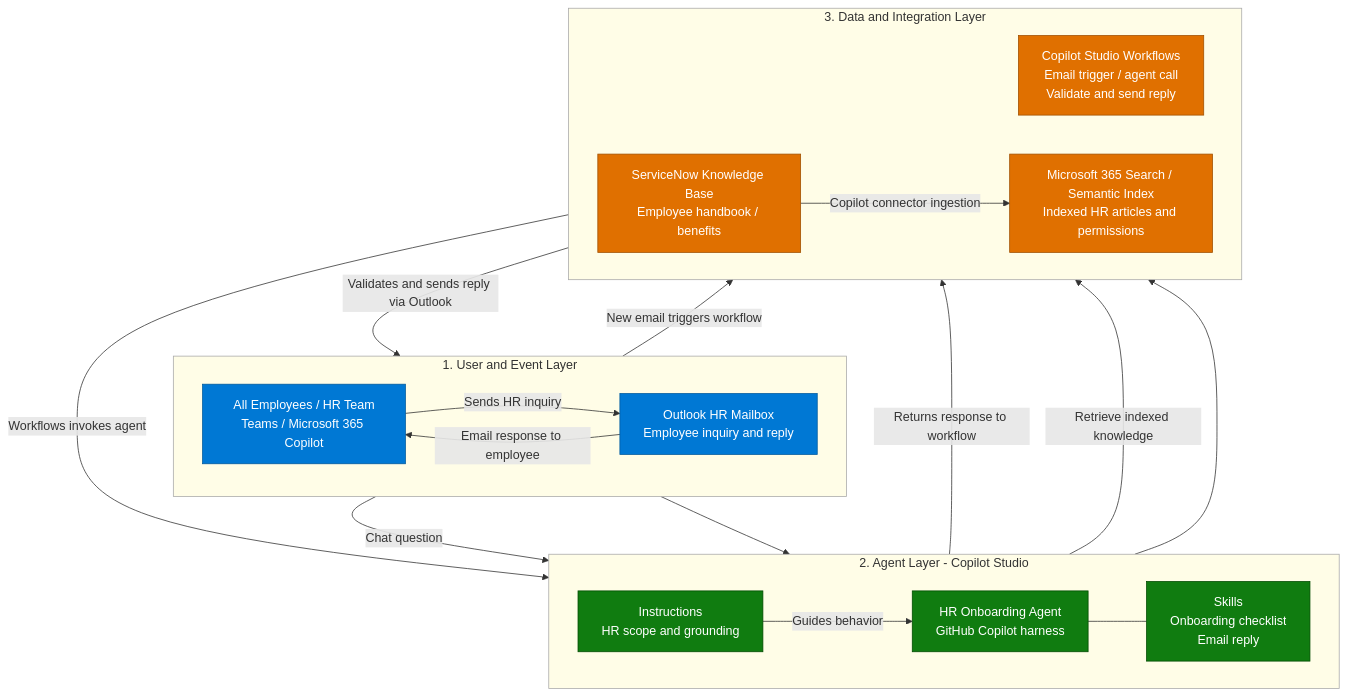
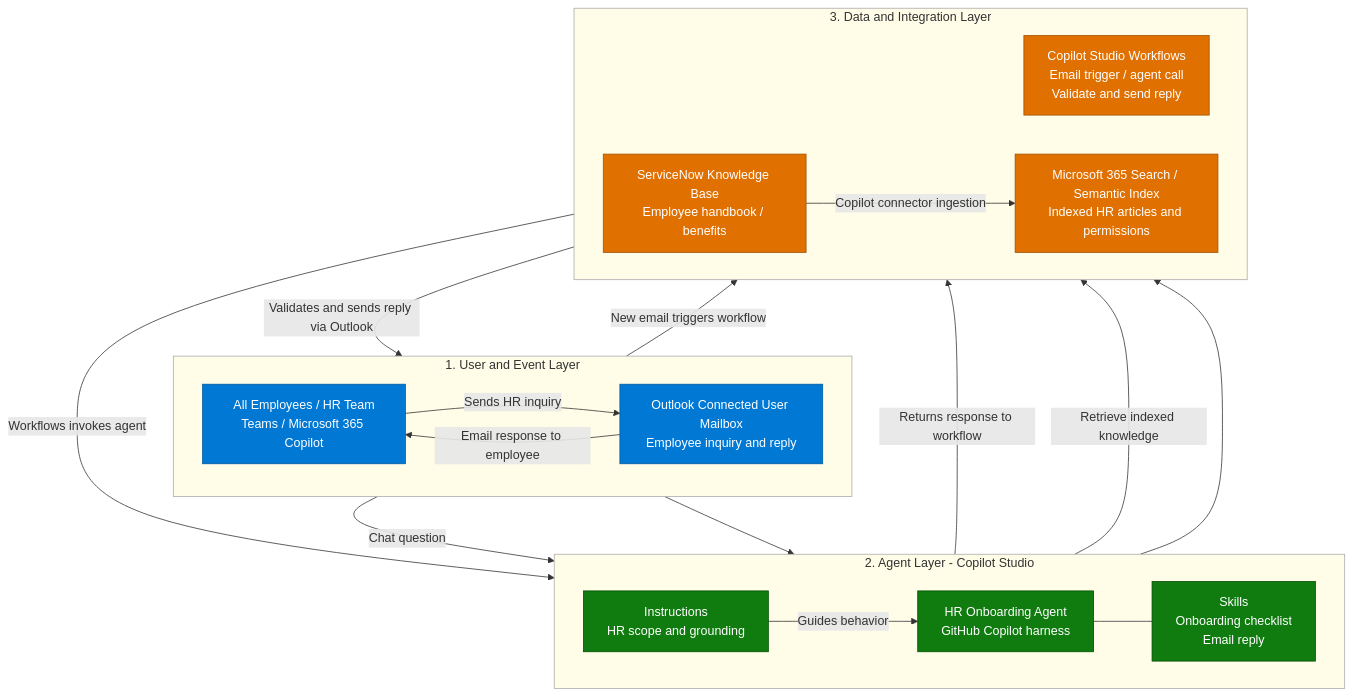
Before and after one commit to petepuu/ai-agent-runbooks: the first of 3 diagrams in 01-scenarios/HR-Onboarding-Agent-GHCP/2.Architecture.md, drawn with Mermaid. The commit also changed other lines of this file and 9 other files, not shown here.

Commit message:
Use connected user mailbox and normal HR chat conversation

````diff
--- a/01-scenarios/HR-Onboarding-Agent-GHCP/2.Architecture.md
+++ b/01-scenarios/HR-Onboarding-Agent-GHCP/2.Architecture.md
@@ -13,47 +13,47 @@
 ```mermaid
 flowchart TB
     subgraph USER["1. User and Event Layer"]
         direction LR
         U["All Employees / HR Team<br/>Teams / Microsoft 365 Copilot"]
-        M["Outlook HR Mailbox<br/>Employee inquiry and reply"]
+        M["Outlook Connected User Mailbox<br/>Employee inquiry and reply"]
     end
     subgraph AGENT["2. Agent Layer - Copilot Studio"]
         direction LR
         I["Instructions<br/>HR scope and grounding"]
         A["HR Onboarding Agent<br/>GitHub Copilot harness"]
         S["Skills<br/>Onboarding checklist<br/>Email reply"]
     end
     subgraph DATA["3. Data and Integration Layer"]
         direction LR
         W["Copilot Studio Workflows<br/>Email trigger / agent call<br/>Validate and send reply"]
         K["Microsoft 365 Search / Semantic Index<br/>Indexed HR articles and permissions"]
         SN["ServiceNow Knowledge Base<br/>Employee handbook / benefits"]
     end
 
     USER --> AGENT
     AGENT --> DATA
 
     U -->|"Chat question"| A
     U -->|"Sends HR inquiry"| M
     M -->|"New email triggers workflow"| W
     W -->|"Workflows invokes agent"| A
     A -->|"Returns response to workflow"| W
     W -->|"Validates and sends reply via Outlook"| M
     M -->|"Email response to employee"| U
     I -->|"Guides behavior"| A
     A --- S
     A -->|"Retrieve indexed knowledge"| K
     SN -->|"Copilot connector ingestion"| K
 
     style U fill:#0078D4,color:#fff,stroke:#005A9E
     style M fill:#0078D4,color:#fff,stroke:#005A9E
     style W fill:#E07000,color:#fff,stroke:#A05000
     style I fill:#107C10,color:#fff,stroke:#004B00
     style A fill:#107C10,color:#fff,stroke:#004B00
     style S fill:#107C10,color:#fff,stroke:#004B00
     style K fill:#E07000,color:#fff,stroke:#A05000
     style SN fill:#E07000,color:#fff,stroke:#A05000
     style USER fill:#fffde7,stroke:#aaa
     style AGENT fill:#fffde7,stroke:#aaa
     style DATA fill:#fffde7,stroke:#aaa
 ```
````
